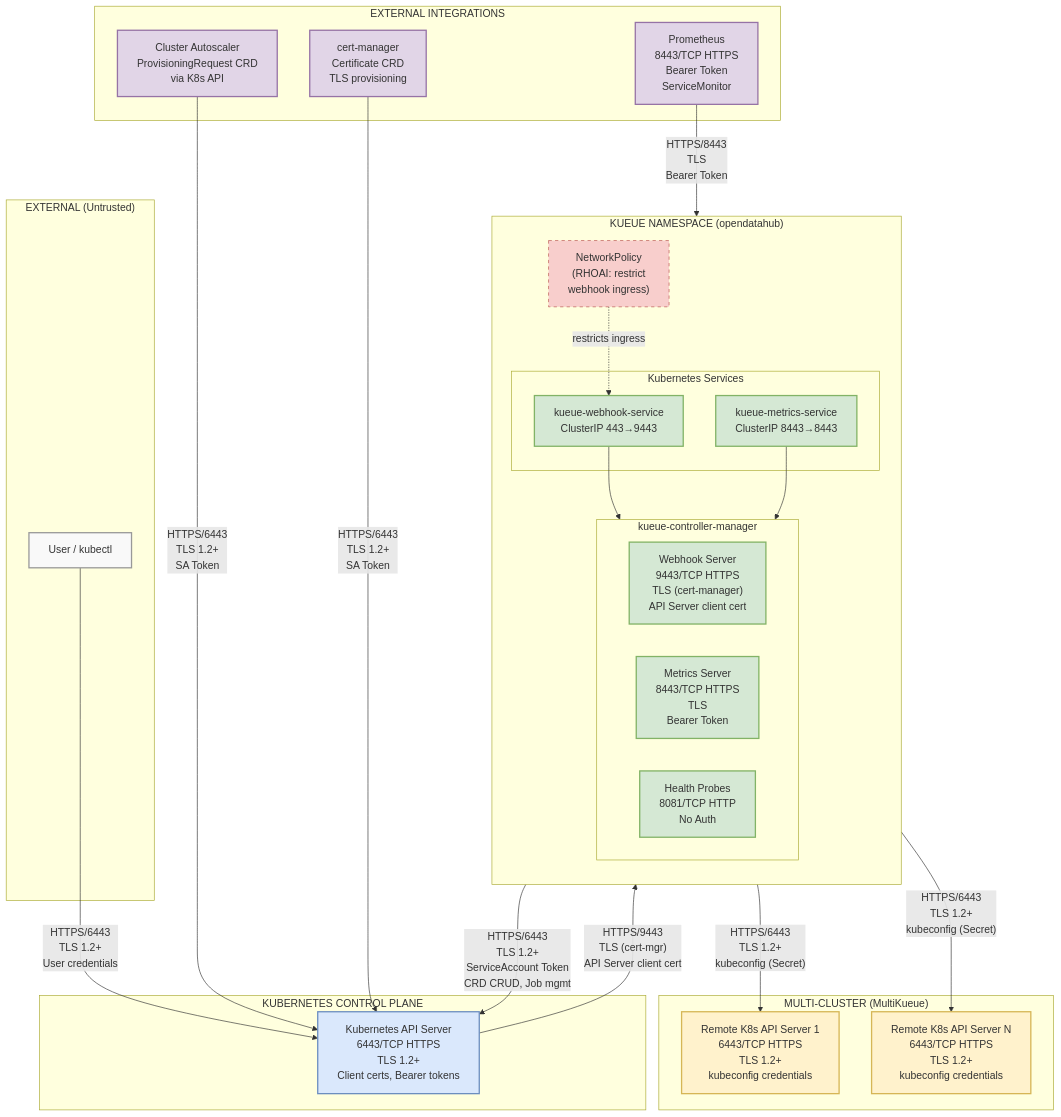
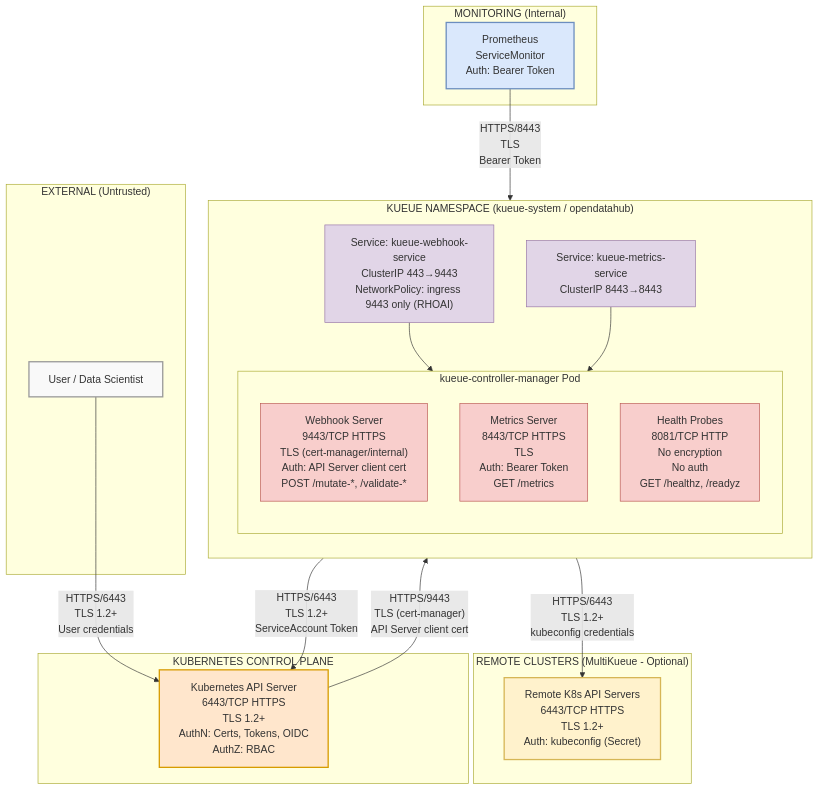
One commit to rhuss/architecture-context changed the diagram in architecture/rhoai.next/diagrams/kueue-security-network.mmd. Above: the diagram before and after it, drawn with Mermaid. The commit also changed 864 other files, not shown here.

Commit message:
update rhoai.next architecture with ai4rag and refreshed diagrams

```diff
--- a/architecture/rhoai.next/diagrams/kueue-security-network.mmd
+++ b/architecture/rhoai.next/diagrams/kueue-security-network.mmd
@@ -1,75 +1,64 @@
 graph TB
     subgraph External["EXTERNAL (Untrusted)"]
-        User["User / kubectl"]
+        User["User / Data Scientist"]
     end
 
     subgraph ControlPlane["KUBERNETES CONTROL PLANE"]
-        APIServer["Kubernetes API Server<br/>6443/TCP HTTPS<br/>TLS 1.2+<br/>Client certs, Bearer tokens"]
+        APIServer["Kubernetes API Server<br/>6443/TCP HTTPS<br/>TLS 1.2+<br/>AuthN: Certs, Tokens, OIDC<br/>AuthZ: RBAC"]
     end
 
-    subgraph KueueNS["KUEUE NAMESPACE (opendatahub)"]
+    subgraph KueueNS["KUEUE NAMESPACE (kueue-system / opendatahub)"]
         direction TB
 
-        subgraph Manager["kueue-controller-manager"]
-            direction LR
-            WebhookPort["Webhook Server<br/>9443/TCP HTTPS<br/>TLS (cert-manager)<br/>API Server client cert"]
-            MetricsPort["Metrics Server<br/>8443/TCP HTTPS<br/>TLS<br/>Bearer Token"]
-            HealthPort["Health Probes<br/>8081/TCP HTTP<br/>No Auth"]
+        subgraph KueuePod["kueue-controller-manager Pod"]
+            direction TB
+            WebhookSvr["Webhook Server<br/>9443/TCP HTTPS<br/>TLS (cert-manager/internal)<br/>Auth: API Server client cert<br/>POST /mutate-*, /validate-*"]
+            MetricsSvr["Metrics Server<br/>8443/TCP HTTPS<br/>TLS<br/>Auth: Bearer Token<br/>GET /metrics"]
+            HealthSvr["Health Probes<br/>8081/TCP HTTP<br/>No encryption<br/>No auth<br/>GET /healthz, /readyz"]
         end
 
-        subgraph Services["Kubernetes Services"]
-            WebhookSvc["kueue-webhook-service<br/>ClusterIP 443→9443"]
-            MetricsSvc["kueue-metrics-service<br/>ClusterIP 8443→8443"]
-        end
+        WebhookSvc["Service: kueue-webhook-service<br/>ClusterIP 443→9443<br/>NetworkPolicy: ingress 9443 only (RHOAI)"]
+        MetricsSvc["Service: kueue-metrics-service<br/>ClusterIP 8443→8443"]
 
-        NetworkPolicy["NetworkPolicy<br/>(RHOAI: restrict<br/>webhook ingress)"]
+        WebhookSvc --> WebhookSvr
+        MetricsSvc --> MetricsSvr
     end
 
-    subgraph MultiCluster["MULTI-CLUSTER (MultiKueue)"]
-        RemoteAPI1["Remote K8s API Server 1<br/>6443/TCP HTTPS<br/>TLS 1.2+<br/>kubeconfig credentials"]
-        RemoteAPI2["Remote K8s API Server N<br/>6443/TCP HTTPS<br/>TLS 1.2+<br/>kubeconfig credentials"]
+    subgraph RemoteClusters["REMOTE CLUSTERS (MultiKueue - Optional)"]
+        RemoteAPI["Remote K8s API Servers<br/>6443/TCP HTTPS<br/>TLS 1.2+<br/>Auth: kubeconfig (Secret)"]
     end
 
-    subgraph ExternalIntegrations["EXTERNAL INTEGRATIONS"]
-        Autoscaler["Cluster Autoscaler<br/>ProvisioningRequest CRD<br/>via K8s API"]
-        CertManager["cert-manager<br/>Certificate CRD<br/>TLS provisioning"]
-        Prometheus["Prometheus<br/>8443/TCP HTTPS<br/>Bearer Token<br/>ServiceMonitor"]
+    subgraph Monitoring["MONITORING (Internal)"]
+        Prometheus["Prometheus<br/>ServiceMonitor<br/>Auth: Bearer Token"]
     end
 
-    %% External → Control Plane
+    %% External flows
     User -->|"HTTPS/6443<br/>TLS 1.2+<br/>User credentials"| APIServer
 
-    %% Control Plane → Kueue (webhooks)
-    APIServer -->|"HTTPS/9443<br/>TLS (cert-mgr)<br/>API Server client cert"| WebhookSvc
-    WebhookSvc --> WebhookPort
-    NetworkPolicy -.->|"restricts ingress"| WebhookSvc
+    %% API Server to Webhook (admission reviews)
+    APIServer -->|"HTTPS/9443<br/>TLS (cert-manager)<br/>API Server client cert"| WebhookSvc
 
-    %% Kueue → Control Plane (controller operations)
-    Manager -->|"HTTPS/6443<br/>TLS 1.2+<br/>ServiceAccount Token<br/>CRD CRUD, Job mgmt"| APIServer
+    %% Controller to API Server (all operations)
+    KueuePod -->|"HTTPS/6443<br/>TLS 1.2+<br/>ServiceAccount Token"| APIServer
 
-    %% MultiKueue
-    Manager -->|"HTTPS/6443<br/>TLS 1.2+<br/>kubeconfig (Secret)"| RemoteAPI1
-    Manager -->|"HTTPS/6443<br/>TLS 1.2+<br/>kubeconfig (Secret)"| RemoteAPI2
+    %% MultiKueue egress
+    KueuePod -->|"HTTPS/6443<br/>TLS 1.2+<br/>kubeconfig credentials"| RemoteAPI
 
-    %% Prometheus scraping
+    %% Monitoring
     Prometheus -->|"HTTPS/8443<br/>TLS<br/>Bearer Token"| MetricsSvc
-    MetricsSvc --> MetricsPort
-
-    %% External integrations via API Server
-    Autoscaler -->|"HTTPS/6443<br/>TLS 1.2+<br/>SA Token"| APIServer
-    CertManager -->|"HTTPS/6443<br/>TLS 1.2+<br/>SA Token"| APIServer
 
     %% Styling
     classDef external fill:#f9f9f9,stroke:#999,stroke-width:2px
-    classDef controlplane fill:#dae8fc,stroke:#6c8ebf,stroke-width:2px
+    classDef controlplane fill:#ffe6cc,stroke:#d79b00,stroke-width:2px
     classDef kueuens fill:#d5e8d4,stroke:#82b366,stroke-width:2px
-    classDef multicluster fill:#fff2cc,stroke:#d6b656,stroke-width:2px
-    classDef integration fill:#e1d5e7,stroke:#9673a6,stroke-width:2px
-    classDef netpol fill:#f8cecc,stroke:#b85450,stroke-width:1px,stroke-dasharray:5
+    classDef remote fill:#fff2cc,stroke:#d6b656,stroke-width:2px
+    classDef monitoring fill:#dae8fc,stroke:#6c8ebf,stroke-width:2px
+    classDef service fill:#e1d5e7,stroke:#9673a6
+    classDef endpoint fill:#f8cecc,stroke:#b85450
 
     class User external
     class APIServer controlplane
-    class WebhookPort,MetricsPort,HealthPort,WebhookSvc,MetricsSvc kueuens
-    class RemoteAPI1,RemoteAPI2 multicluster
-    class Autoscaler,CertManager,Prometheus integration
-    class NetworkPolicy netpol
+    class WebhookSvr,MetricsSvr,HealthSvr endpoint
+    class WebhookSvc,MetricsSvc service
+    class RemoteAPI remote
+    class Prometheus monitoring
```
